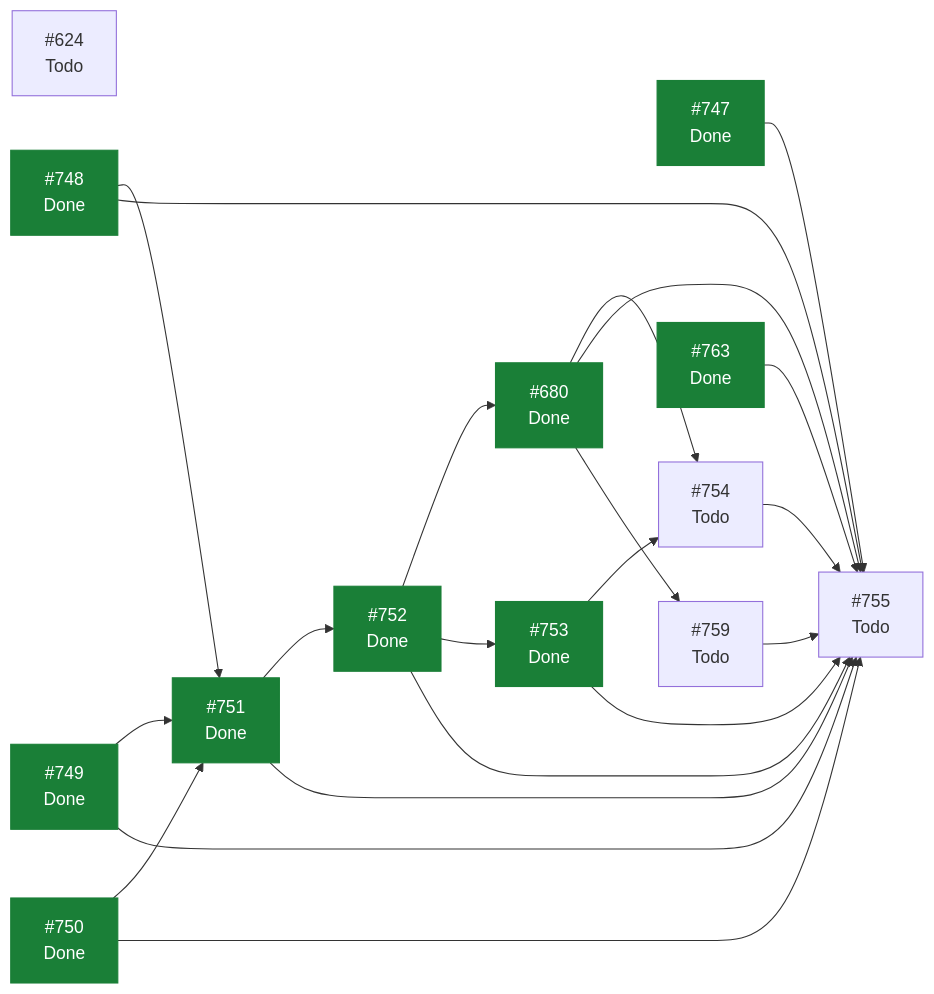
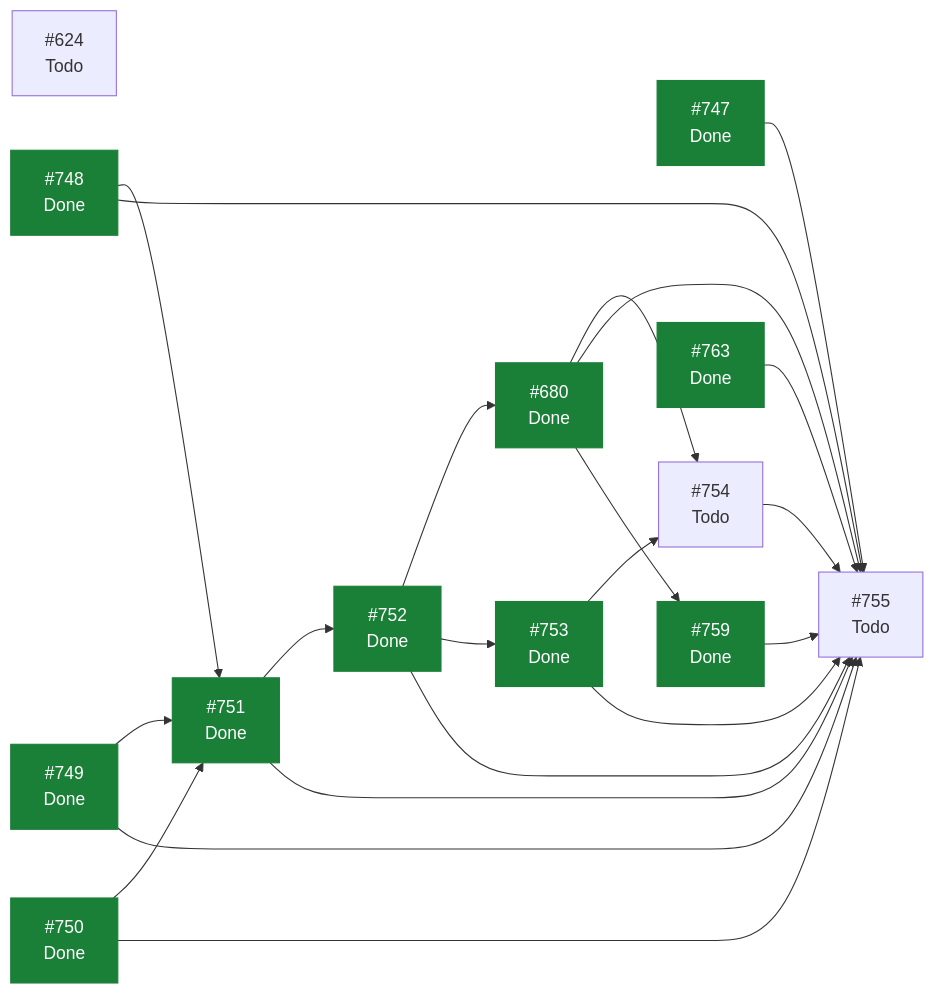
The diagram in docs/planning/STATUS.md (ecamp0s/evault), drawn with Mermaid before and after one commit. The commit also changed other lines of this file, not shown here.

````diff
--- a/docs/planning/STATUS.md
+++ b/docs/planning/STATUS.md
@@ -99,38 +98,38 @@
 ```mermaid
 graph LR
   I624["#624<br/>Todo"]
   I680["#680<br/>Done"]
   I747["#747<br/>Done"]
   I748["#748<br/>Done"]
   I749["#749<br/>Done"]
   I750["#750<br/>Done"]
   I751["#751<br/>Done"]
   I752["#752<br/>Done"]
   I753["#753<br/>Done"]
   I754["#754<br/>Todo"]
   I755["#755<br/>Todo"]
-  I759["#759<br/>Todo"]
+  I759["#759<br/>Done"]
   I763["#763<br/>Done"]
   I680 --> I754
   I680 --> I755
   I680 --> I759
   I747 --> I755
   I748 --> I751
   I748 --> I755
   I749 --> I751
   I749 --> I755
   I750 --> I751
   I750 --> I755
   I751 --> I752
   I751 --> I755
   I752 --> I680
   I752 --> I753
   I752 --> I755
   I753 --> I754
   I753 --> I755
   I754 --> I755
   I759 --> I755
   I763 --> I755
   classDef hecho fill:#1a7f37,stroke:#1a7f37,color:#fff;
-  class I680,I747,I748,I749,I750,I751,I752,I753,I763 hecho;
+  class I680,I747,I748,I749,I750,I751,I752,I753,I759,I763 hecho;
 ```
````
